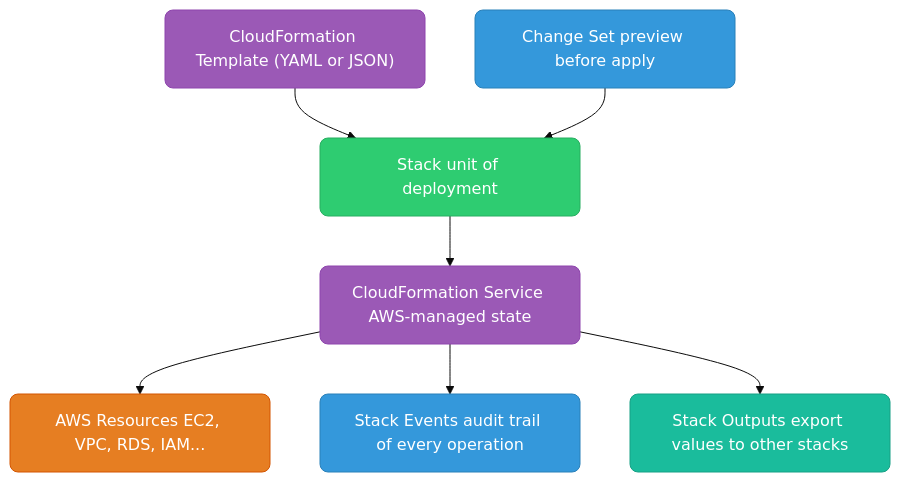
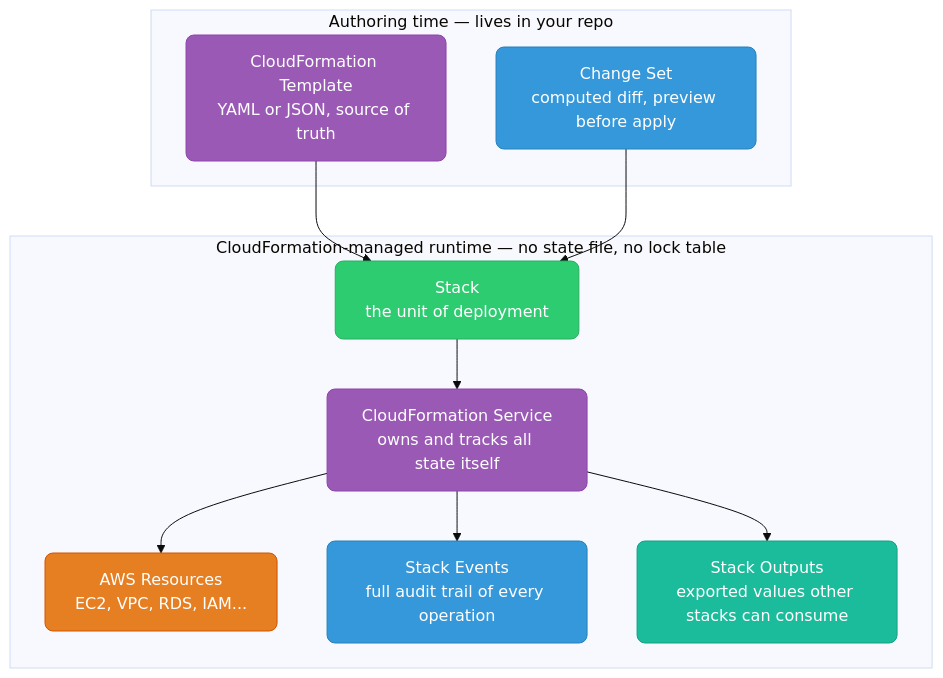
One commit to deepanshu-rawat6/DevOpsIndex changed the first of 6 diagrams in iac/cloudformation/README.md. Above: the diagram before and after it, drawn with Mermaid (base theme). The commit also changed other lines of this file and 17 other files, not shown here.

````diff
--- a/iac/cloudformation/README.md
+++ b/iac/cloudformation/README.md
@@ -9,20 +14,28 @@
 ```mermaid
 graph TD
     classDef blue fill:#3498db,stroke:#2980b9,color:#fff,rx:8
     classDef green fill:#2ecc71,stroke:#27ae60,color:#fff,rx:8
-    classDef red fill:#e74c3c,stroke:#c0392b,color:#fff,rx:8
     classDef orange fill:#e67e22,stroke:#d35400,color:#fff,rx:8
     classDef purple fill:#9b59b6,stroke:#8e44ad,color:#fff,rx:8
     classDef teal fill:#1abc9c,stroke:#16a085,color:#fff,rx:8
-    classDef dark fill:#2c3e50,stroke:#1a252f,color:#fff,rx:8
-    classDef yellow fill:#f39c12,stroke:#d68910,color:#000,rx:8
-    classDef k8s fill:#326ce5,stroke:#254ea8,color:#fff,rx:8
-    classDef aws fill:#ff9900,stroke:#cc7a00,color:#000,rx:8
-    TEMPLATE["CloudFormation Template (YAML or JSON)"]:::purple --> STACK["Stack unit of deployment"]:::green
-    STACK --> CFN_SVC["CloudFormation Service AWS-managed state"]:::purple
-    CFN_SVC --> RESOURCES["AWS Resources EC2, VPC, RDS, IAM..."]:::orange
-    CFN_SVC --> EVENTS["Stack Events audit trail of every operation"]:::blue
-    CFN_SVC --> OUTPUTS["Stack Outputs export values to other stacks"]:::teal
 
-    CHANGESET["Change Set preview before apply"]:::blue --> STACK
+    subgraph AUTHOR["Authoring time — lives in your repo"]
+        TEMPLATE["CloudFormation Template<br/>YAML or JSON, source of truth"]:::purple
+        CHANGESET["Change Set<br/>computed diff, preview before apply"]:::blue
+    end
+
+    subgraph RUNTIME["CloudFormation-managed runtime — no state file, no lock table"]
+        STACK["Stack<br/>the unit of deployment"]:::green
+        CFN_SVC["CloudFormation Service<br/>owns and tracks all state itself"]:::purple
+        RESOURCES["AWS Resources<br/>EC2, VPC, RDS, IAM..."]:::orange
+        EVENTS["Stack Events<br/>full audit trail of every operation"]:::blue
+        OUTPUTS["Stack Outputs<br/>exported values other stacks can consume"]:::teal
+    end
+
+    TEMPLATE --> STACK
+    CHANGESET --> STACK
+    STACK --> CFN_SVC
+    CFN_SVC --> RESOURCES
+    CFN_SVC --> EVENTS
+    CFN_SVC --> OUTPUTS
 ```
````
